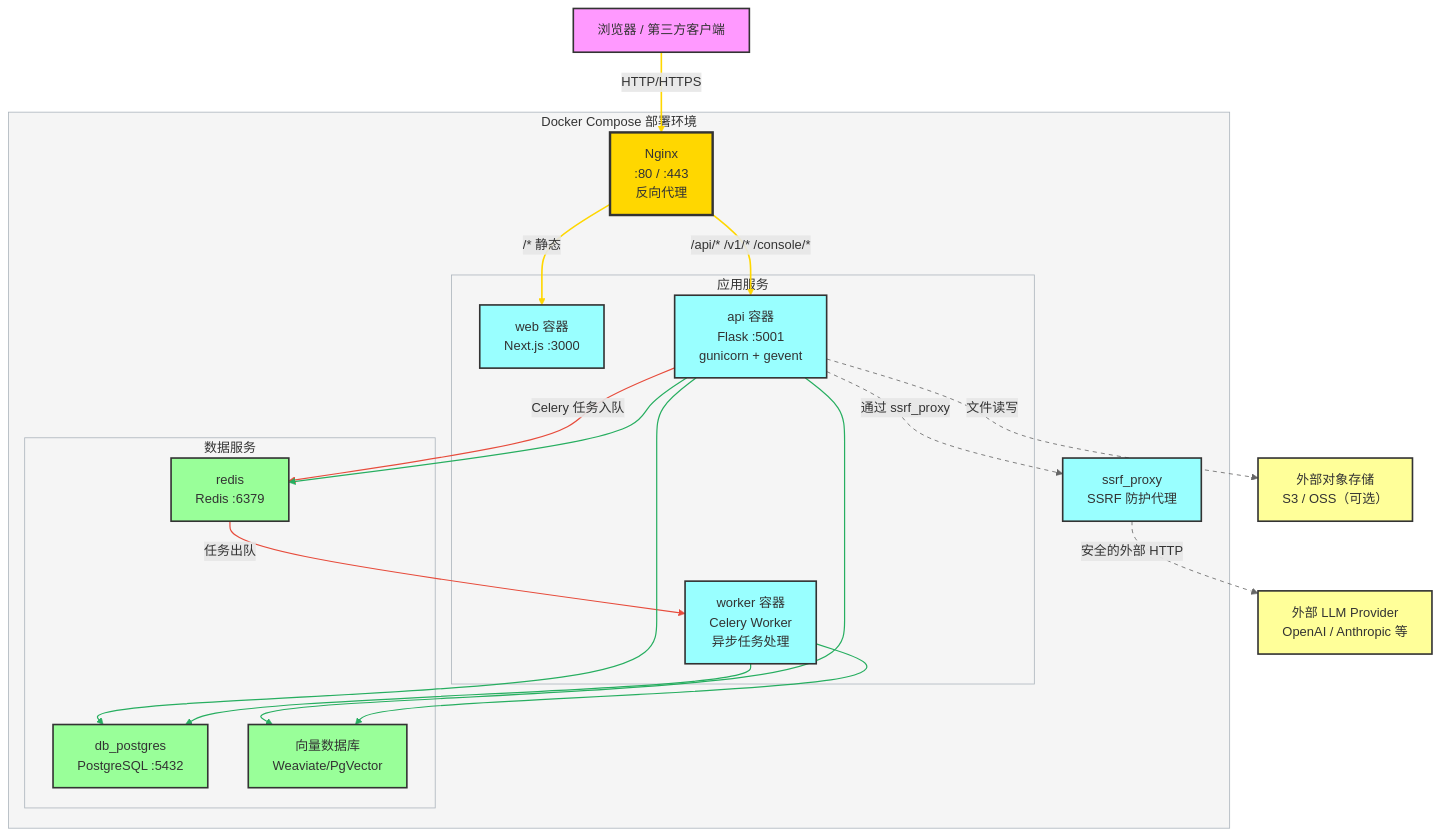
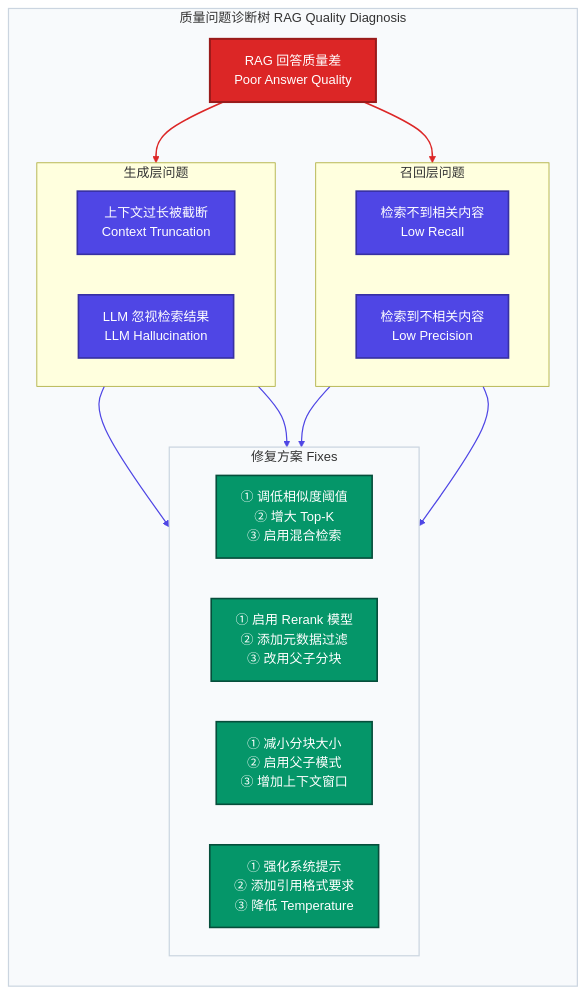
Diagram 16 of 16 in 2.AI 工程/Dify/Dify架构分析文档.md (amuqiao/AI-Engineering-Knowledge-Base), drawn with Mermaid before and after one commit. The commit also changed other lines of this file and 22 other files, not shown here.

````diff
--- a/2.AI 工程/Dify/Dify架构分析文档.md
+++ b/2.AI 工程/Dify/Dify架构分析文档.md
@@ -792,54 +2027,51 @@
 ```mermaid
-flowchart TB
-    classDef clientStyle fill:#f9f,stroke:#333,stroke-width:2px
-    classDef nginxStyle fill:#ffd700,stroke:#333,stroke-width:3px
-    classDef serviceStyle fill:#9ff,stroke:#333,stroke-width:2px
-    classDef dbStyle fill:#9f9,stroke:#333,stroke-width:2px
-    classDef externalStyle fill:#ff9,stroke:#333,stroke-width:2px
-    classDef subgraphStyle fill:#f5f5f5,stroke:#adb5bd,stroke-width:1px
+flowchart LR
+    classDef coreStyle fill:#dc2626,stroke:#991b1b,stroke-width:2.5px,color:#fff
+    classDef routeStyle fill:#4f46e5,stroke:#3730a3,stroke-width:2px,color:#fff
+    classDef storeStyle fill:#059669,stroke:#064e3b,stroke-width:2px,color:#fff
+    classDef layerStyle fill:#f8fafc,stroke:#cbd5e0,stroke-width:1.5px
 
-    Browser["浏览器 / 第三方客户端"]:::clientStyle
+    subgraph Diagnosis["质量问题诊断树 RAG Quality Diagnosis"]
+        direction TB
+        ROOT["RAG 回答质量差<br>Poor Answer Quality"]:::coreStyle
 
-    subgraph dockerCompose["Docker Compose 部署环境"]
-        Nginx["Nginx<br/>:80 / :443<br/>反向代理"]:::nginxStyle
+        subgraph L1["召回层问题"]
+            direction LR
+            R1["检索不到相关内容<br>Low Recall"]:::routeStyle
+            R2["检索到不相关内容<br>Low Precision"]:::routeStyle
+        end
+        class L1 layerStyle
 
-        subgraph appServices["应用服务"]
-            Web["web 容器<br/>Next.js :3000"]:::serviceStyle
-            API["api 容器<br/>Flask :5001<br/>gunicorn + gevent"]:::serviceStyle
-            Worker["worker 容器<br/>Celery Worker<br/>异步任务处理"]:::serviceStyle
+        subgraph L2["生成层问题"]
+            direction LR
+            G1["上下文过长被截断<br>Context Truncation"]:::routeStyle
+            G2["LLM 忽视检索结果<br>LLM Hallucination"]:::routeStyle
         end
-        class appServices subgraphStyle
+        class L2 layerStyle
 
-        subgraph dataServices["数据服务"]
-            PG["db_postgres<br/>PostgreSQL :5432"]:::dbStyle
-            Redis["redis<br/>Redis :6379"]:::dbStyle
-            VDB["向量数据库<br/>Weaviate/PgVector"]:::dbStyle
+        subgraph Fix["修复方案 Fixes"]
+            direction LR
+            F1["① 调低相似度阈值<br>② 增大 Top-K<br>③ 启用混合检索"]:::storeStyle
+            F2["① 启用 Rerank 模型<br>② 添加元数据过滤<br>③ 改用父子分块"]:::storeStyle
+            F3["① 减小分块大小<br>② 启用父子模式<br>③ 增加上下文窗口"]:::storeStyle
+            F4["① 强化系统提示<br>② 添加引用格式要求<br>③ 降低 Temperature"]:::storeStyle
         end
-        class dataServices subgraphStyle
+        class Fix layerStyle
 
-        SsrfProxy["ssrf_proxy<br/>SSRF 防护代理"]:::serviceStyle
+        ROOT --> L1
+        ROOT --> L2
+        R1 --> F1
+        R2 --> F2
+        G1 --> F3
+        G2 --> F4
     end
-    class dockerCompose subgraphStyle
+    class Diagnosis layerStyle
 
-    LLM["外部 LLM Provider<br/>OpenAI / Anthropic 等"]:::externalStyle
-    Storage["外部对象存储<br/>S3 / OSS（可选）"]:::externalStyle
-
-    Browser -->|"HTTP/HTTPS"| Nginx
-    Nginx -->|"/* 静态"| Web
-    Nginx -->|"/api/* /v1/* /console/*"| API
-    API -->|"Celery 任务入队"| Redis
-    Redis -->|"任务出队"| Worker
-    API --> PG
-    API --> Redis
-    API --> VDB
-    Worker --> PG
-    Worker --> VDB
-    API -->|"通过 ssrf_proxy"| SsrfProxy
-    SsrfProxy -->|"安全的外部 HTTP"| LLM
-    API -->|"文件读写"| Storage
-
-    linkStyle 0,1,2 stroke:#ffd700,stroke-width:2px
-    linkStyle 3,4 stroke:#e74c3c,stroke-width:1.5px
-    linkStyle 5,6,7,8,9 stroke:#27ae60,stroke-width:1.5px
-    linkStyle 10,11,12 stroke:#666,stroke-width:1px,stroke-dasharray:5
+    %% 边索引：0-5，共 6 条
+    linkStyle 0 stroke:#dc2626,stroke-width:2px
+    linkStyle 1 stroke:#dc2626,stroke-width:2px
+    linkStyle 2 stroke:#4f46e5,stroke-width:1.5px
+    linkStyle 3 stroke:#4f46e5,stroke-width:1.5px
+    linkStyle 4 stroke:#4f46e5,stroke-width:1.5px
+    linkStyle 5 stroke:#4f46e5,stroke-width:1.5px
 ```
````
